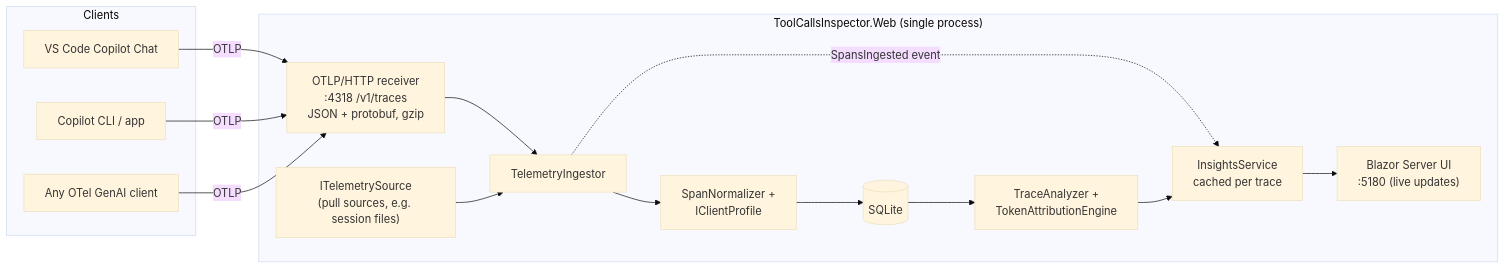
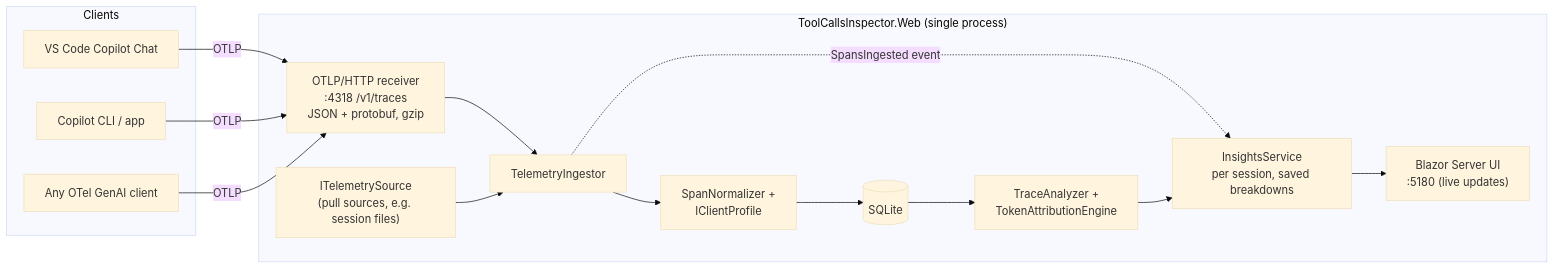
Before and after one commit to WillemdeKok/CopilotTokenDashboard: the diagram in README.md, drawn with Mermaid (base theme). The commit also changed other lines of this file and 39 other files, not shown here.

````diff
--- a/README.md
+++ b/README.md
@@ -14,26 +14,26 @@
 ```mermaid
 flowchart LR
     subgraph Clients
         VS[VS Code Copilot Chat]
         CLI[Copilot CLI / app]
         X[Any OTel GenAI client]
     end
     subgraph Inspector["ToolCallsInspector.Web (single process)"]
         OTLP["OTLP/HTTP receiver<br/>:4318 /v1/traces<br/>JSON + protobuf, gzip"]
         SRC["ITelemetrySource<br/>(pull sources, e.g. session files)"]
         ING[TelemetryIngestor]
         NORM["SpanNormalizer +<br/>IClientProfile"]
         DB[(SQLite)]
         AN["TraceAnalyzer +<br/>TokenAttributionEngine"]
-        INS[InsightsService<br/>cached per trace]
+        INS[InsightsService<br/>per session, saved breakdowns]
         UI["Blazor Server UI<br/>:5180 (live updates)"]
     end
     VS -- OTLP --> OTLP
     CLI -- OTLP --> OTLP
     X -- OTLP --> OTLP
     OTLP --> ING
     SRC --> ING
     ING --> NORM --> DB
     ING -. SpansIngested event .-> INS
     DB --> AN --> INS --> UI
 ```
````
